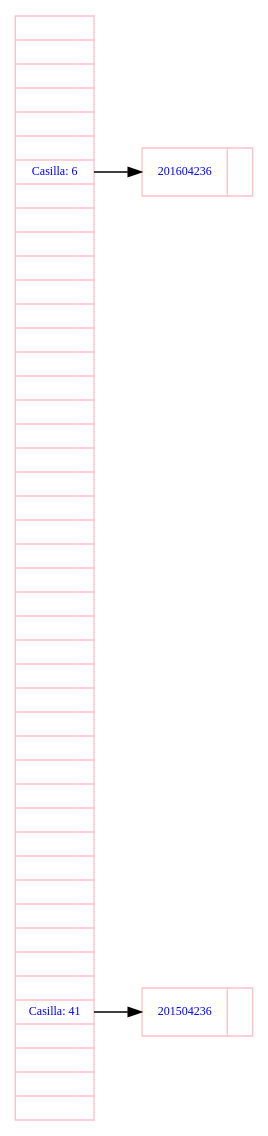
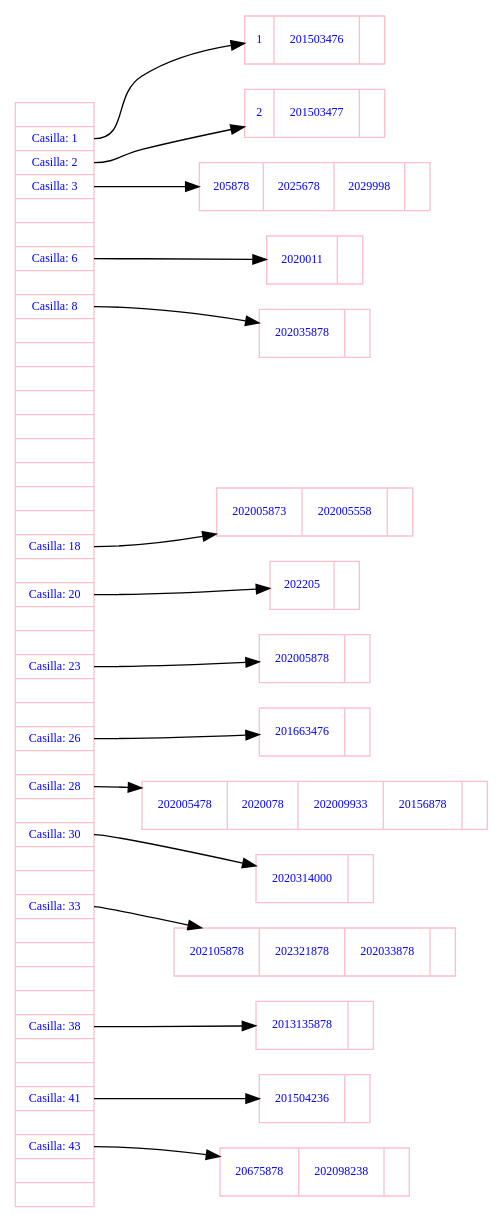
The diagram in Proyecto2/TablaDispersa.dot (AdriGomez95/EDD_1S2020_PY2_201504236), drawn with Graphviz before and after one commit. The commit also changed 58 other files, not shown here.

```diff
--- a/Proyecto2/TablaDispersa.dot
+++ b/Proyecto2/TablaDispersa.dot
@@ -1,10 +1,36 @@
 digraph G{
  node[shape=record fontsize=9 fontcolor=blue color= pink fontname = Verdana];
  rankdir=LR;
-nodeR[label="<p0>|<p1>|<p2>|<p3>|<p4>|<p5>|<p6>Casilla: 6|<p7>|<p8>|<p9>|<p10>|<p11>|<p12>|<p13>|<p14>|<p15>|<p16>|<p17>|<p18>|<p19>|<p20>|<p21>|<p22>|<p23>|<p24>|<p25>|<p26>|<p27>|<p28>|<p29>|<p30>|<p31>|<p32>|<p33>|<p34>|<p35>|<p36>|<p37>|<p38>|<p39>|<p40>|<p41>Casilla: 41|<p42>|<p43>|<p44>|"];
-node6[label="{<p0>201604236|}"];
+nodeR[label="<p0>|<p1>Casilla: 1|<p2>Casilla: 2|<p3>Casilla: 3|<p4>|<p5>|<p6>Casilla: 6|<p7>|<p8>Casilla: 8|<p9>|<p10>|<p11>|<p12>|<p13>|<p14>|<p15>|<p16>|<p17>|<p18>Casilla: 18|<p19>|<p20>Casilla: 20|<p21>|<p22>|<p23>Casilla: 23|<p24>|<p25>|<p26>Casilla: 26|<p27>|<p28>Casilla: 28|<p29>|<p30>Casilla: 30|<p31>|<p32>|<p33>Casilla: 33|<p34>|<p35>|<p36>|<p37>|<p38>Casilla: 38|<p39>|<p40>|<p41>Casilla: 41|<p42>|<p43>Casilla: 43|<p44>|"];
+node1[label="{<p0>1|<p1>201503476|}"];
+nodeR:p1->node1;
+node2[label="{<p0>2|<p1>201503477|}"];
+nodeR:p2->node2;
+node3[label="{<p0>205878|<p1>2025678|<p2>2029998|}"];
+nodeR:p3->node3;
+node6[label="{<p0>2020011|}"];
 nodeR:p6->node6;
+node8[label="{<p0>202035878|}"];
+nodeR:p8->node8;
+node18[label="{<p0>202005873|<p1>202005558|}"];
+nodeR:p18->node18;
+node20[label="{<p0>202205|}"];
+nodeR:p20->node20;
+node23[label="{<p0>202005878|}"];
+nodeR:p23->node23;
+node26[label="{<p0>201663476|}"];
+nodeR:p26->node26;
+node28[label="{<p0>202005478|<p1>2020078|<p2>202009933|<p3>20156878|}"];
+nodeR:p28->node28;
+node30[label="{<p0>2020314000|}"];
+nodeR:p30->node30;
+node33[label="{<p0>202105878|<p1>202321878|<p2>202033878|}"];
+nodeR:p33->node33;
+node38[label="{<p0>2013135878|}"];
+nodeR:p38->node38;
 node41[label="{<p0>201504236|}"];
 nodeR:p41->node41;
+node43[label="{<p0>20675878|<p1>202098238|}"];
+nodeR:p43->node43;
 
 }
```
